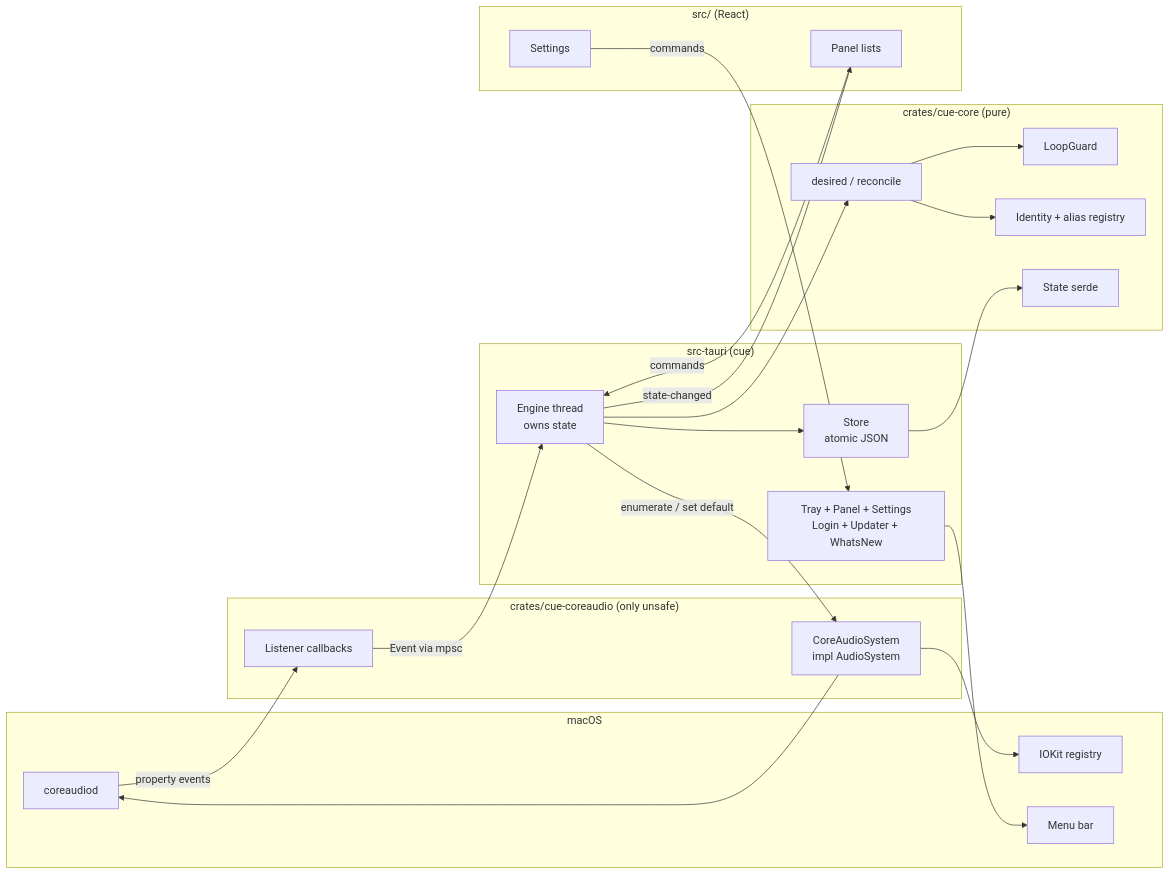
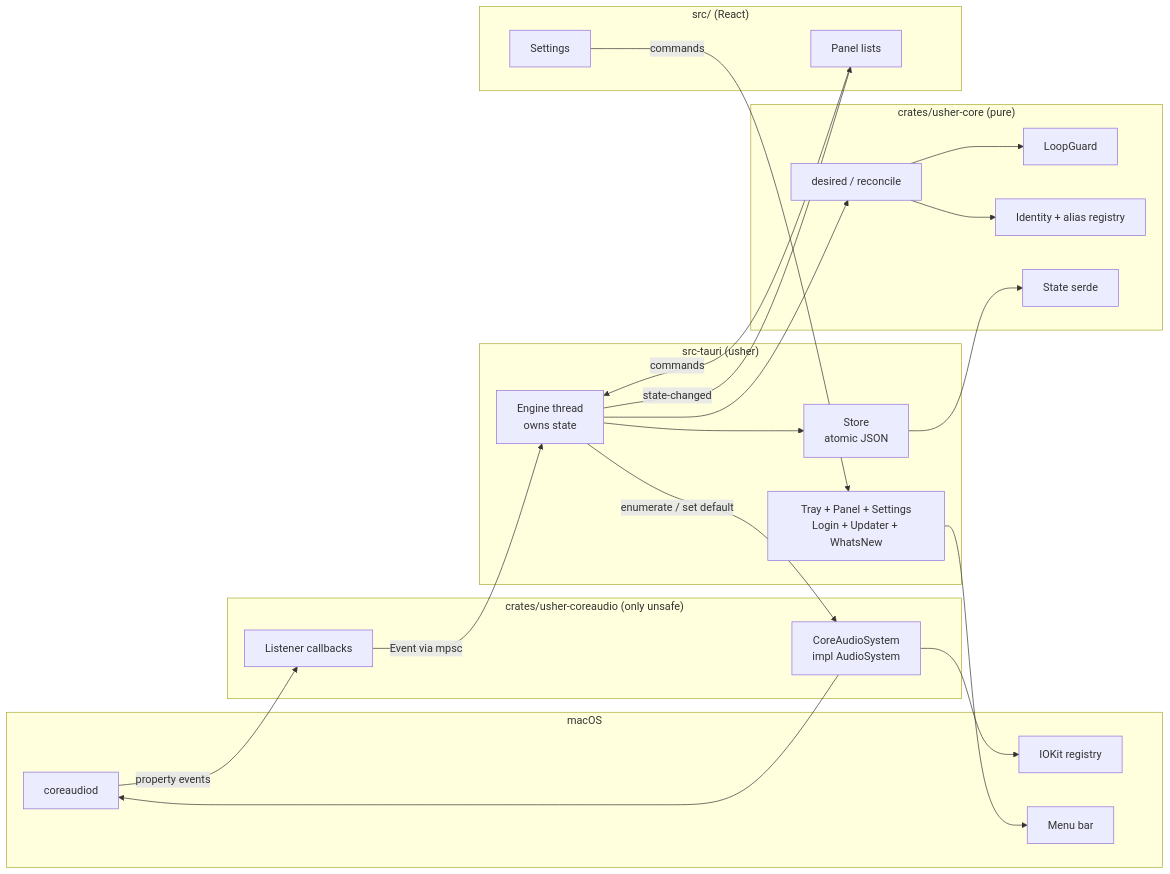
Before and after one commit to cef62/usher: the first of 4 diagrams in docs/architecture/overview.md, drawn with Mermaid. The commit also changed other lines of this file and 6 other files, not shown here.

Commit message:
docs: rename app from cue to usher

````diff
--- a/docs/architecture/overview.md
+++ b/docs/architecture/overview.md
@@ -7,46 +7,46 @@
 ```mermaid
 flowchart LR
   subgraph macOS
     CA[coreaudiod]
     IOK[IOKit registry]
     TRAY[Menu bar]
   end
 
-  subgraph coreaudio["crates/cue-coreaudio (only unsafe)"]
+  subgraph coreaudio["crates/usher-coreaudio (only unsafe)"]
     SYS[CoreAudioSystem<br/>impl AudioSystem]
     LIS[Listener callbacks]
   end
 
-  subgraph core["crates/cue-core (pure)"]
+  subgraph core["crates/usher-core (pure)"]
     POL[desired / reconcile]
     GUARD[LoopGuard]
     ID[Identity + alias registry]
     ST[State serde]
   end
 
-  subgraph app["src-tauri (cue)"]
+  subgraph app["src-tauri (usher)"]
     ENG[Engine thread<br/>owns state]
     STORE[Store<br/>atomic JSON]
     SHELL[Tray + Panel + Settings<br/>Login + Updater + WhatsNew]
   end
 
   subgraph ui["src/ (React)"]
     PANEL[Panel lists]
     SET[Settings]
   end
 
   CA -- property events --> LIS
   LIS -- Event via mpsc --> ENG
   ENG -- enumerate / set default --> SYS
   SYS --> CA
   SYS --> IOK
   ENG --> POL
   POL --> GUARD
   POL --> ID
   ENG --> STORE
   STORE --> ST
   ENG -- state-changed --> PANEL
   PANEL -- commands --> ENG
   SHELL --> TRAY
   SET -- commands --> SHELL
 ```
````
